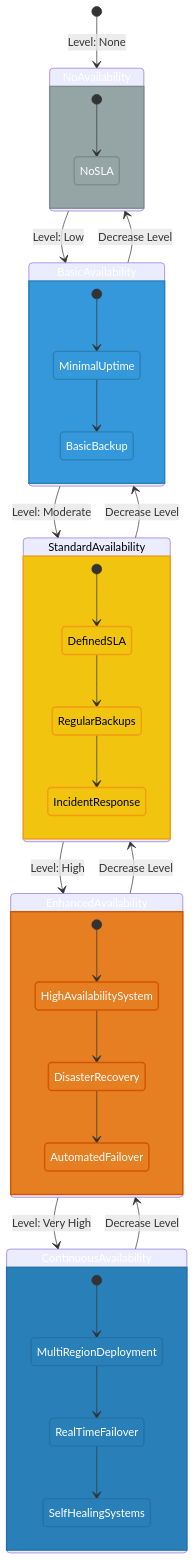
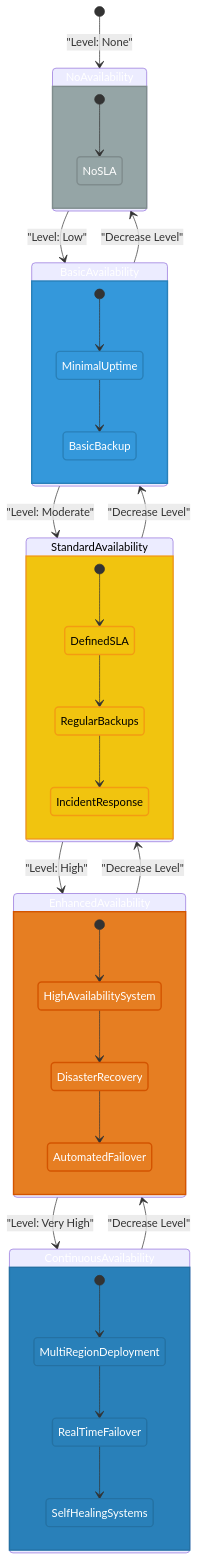
One commit to Hack23/cia-compliance-manager changed the seventh of 7 diagrams in docs/architecture/STATEDIAGRAM.md. Above: the diagram before and after it, drawn with Mermaid. The commit also changed other lines of this file, not shown here.

Commit message:
fix(docs): improve clarity in STATEDIAGRAM.md by adding quotes to state descriptions and refining class definitions

````diff
--- a/docs/architecture/STATEDIAGRAM.md
+++ b/docs/architecture/STATEDIAGRAM.md
@@ -315,53 +315,53 @@
 ```mermaid
 stateDiagram-v2
-    [*] --> NoAvailability: Level: None
+    [*] --> NoAvailability: "Level: None"
     
-    NoAvailability --> BasicAvailability: Level: Low
-    BasicAvailability --> StandardAvailability: Level: Moderate
-    StandardAvailability --> EnhancedAvailability: Level: High
-    EnhancedAvailability --> ContinuousAvailability: Level: Very High
+    NoAvailability --> BasicAvailability: "Level: Low"
+    BasicAvailability --> StandardAvailability: "Level: Moderate"
+    StandardAvailability --> EnhancedAvailability: "Level: High"
+    EnhancedAvailability --> ContinuousAvailability: "Level: Very High"
     
-    ContinuousAvailability --> EnhancedAvailability: Decrease Level
-    EnhancedAvailability --> StandardAvailability: Decrease Level
-    StandardAvailability --> BasicAvailability: Decrease Level
-    BasicAvailability --> NoAvailability: Decrease Level
+    ContinuousAvailability --> EnhancedAvailability: "Decrease Level"
+    EnhancedAvailability --> StandardAvailability: "Decrease Level"
+    StandardAvailability --> BasicAvailability: "Decrease Level"
+    BasicAvailability --> NoAvailability: "Decrease Level"
     
     state NoAvailability {
         [*] --> NoSLA
     }
     
     state BasicAvailability {
         [*] --> MinimalUptime
         MinimalUptime --> BasicBackup
     }
     
     state StandardAvailability {
         [*] --> DefinedSLA
         DefinedSLA --> RegularBackups
         RegularBackups --> IncidentResponse
     }
     
     state EnhancedAvailability {
         [*] --> HighAvailabilitySystem
         HighAvailabilitySystem --> DisasterRecovery
         DisasterRecovery --> AutomatedFailover
     }
     
     state ContinuousAvailability {
         [*] --> MultiRegionDeployment
         MultiRegionDeployment --> RealTimeFailover
         RealTimeFailover --> SelfHealingSystems
     }
     
     classDef none fill:#95a5a6,stroke:#7f8c8d,stroke-width:2px,color:white
     classDef low fill:#3498db,stroke:#2980b9,stroke-width:2px,color:white
     classDef moderate fill:#f1c40f,stroke:#f39c12,stroke-width:2px,color:black
     classDef high fill:#e67e22,stroke:#d35400,stroke-width:2px,color:white
     classDef veryhigh fill:#2980b9,stroke:#2471a3,stroke-width:2px,color:white
     
     class NoAvailability,NoSLA none
     class BasicAvailability,MinimalUptime,BasicBackup low
     class StandardAvailability,DefinedSLA,RegularBackups,IncidentResponse moderate
     class EnhancedAvailability,HighAvailabilitySystem,DisasterRecovery,AutomatedFailover high
     class ContinuousAvailability,MultiRegionDeployment,RealTimeFailover,SelfHealingSystems veryhigh
 ```
````
